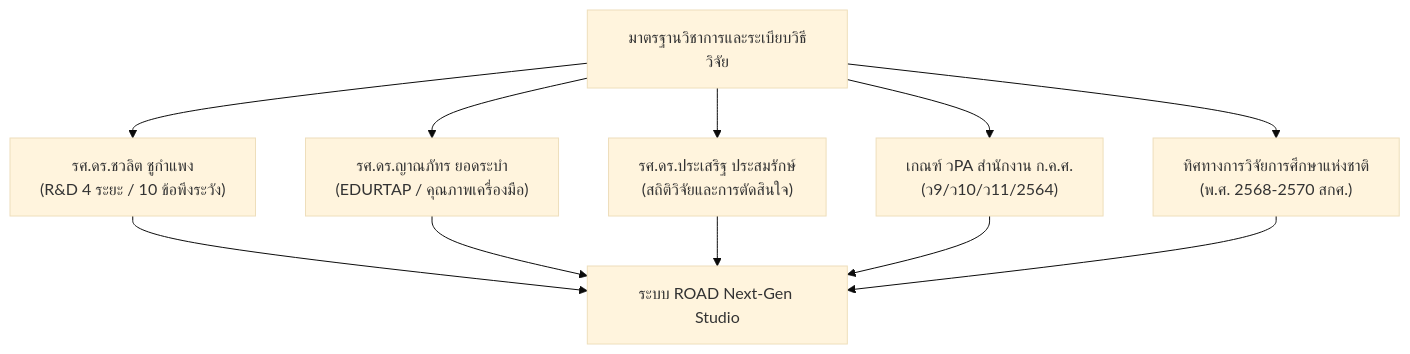
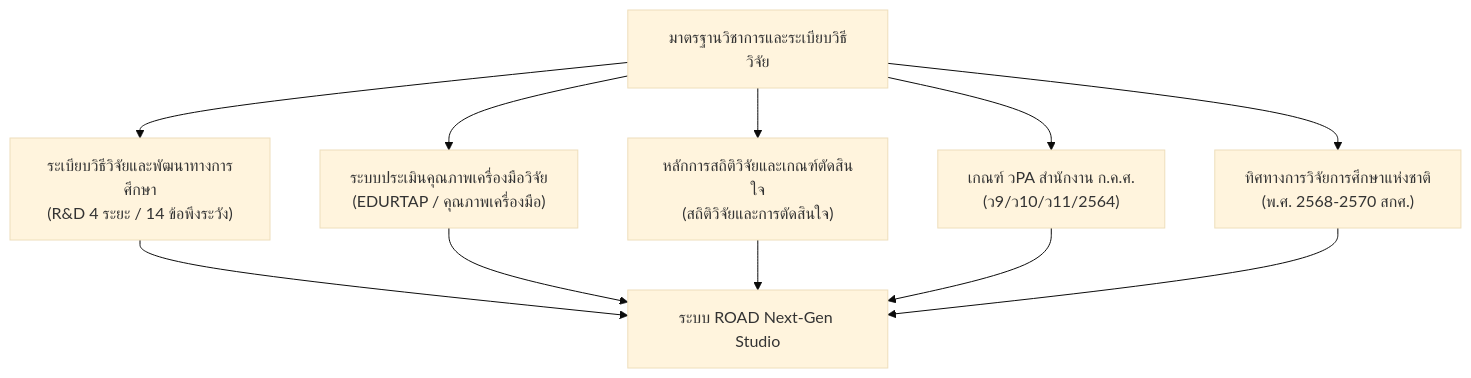
Before and after one commit to gorthailand1617-glitch/R-D-ROAD: the diagram in PROJECT_EXPERT_PROPOSAL.md, drawn with Mermaid (base theme). The commit also changed other lines of this file and 9 other files, not shown here.

````diff
--- a/PROJECT_EXPERT_PROPOSAL.md
+++ b/PROJECT_EXPERT_PROPOSAL.md
@@ -42,14 +42,14 @@
 ```mermaid
 graph TD
-    A["มาตรฐานวิชาการและระเบียบวิธีวิจัย"] --> B["รศ.ดร.ชวลิต ชูกำแพง<br/>(R&D 4 ระยะ / 10 ข้อพึงระวัง)"]
-    A --> C["รศ.ดร.ญาณภัทร ยอดระบำ<br/>(EDURTAP / คุณภาพเครื่องมือ)"]
-    A --> D["รศ.ดร.ประเสริฐ ประสมรักษ์<br/>(สถิติวิจัยและการตัดสินใจ)"]
+    A["มาตรฐานวิชาการและระเบียบวิธีวิจัย"] --> B["ระเบียบวิธีวิจัยและพัฒนาทางการศึกษา<br/>(R&D 4 ระยะ / 14 ข้อพึงระวัง)"]
+    A --> C["ระบบประเมินคุณภาพเครื่องมือวิจัย<br/>(EDURTAP / คุณภาพเครื่องมือ)"]
+    A --> D["หลักการสถิติวิจัยและเกณฑ์ตัดสินใจ<br/>(สถิติวิจัยและการตัดสินใจ)"]
     A --> E["เกณฑ์ วPA สำนักงาน ก.ค.ศ.<br/>(ว9/ว10/ว11/2564)"]
     A --> F["ทิศทางการวิจัยการศึกษาแห่งชาติ<br/>(พ.ศ. 2568-2570 สกศ.)"]
     
     B --> G["ระบบ ROAD Next-Gen Studio"]
     C --> G
     D --> G
     E --> G
     F --> G
 ```
````
